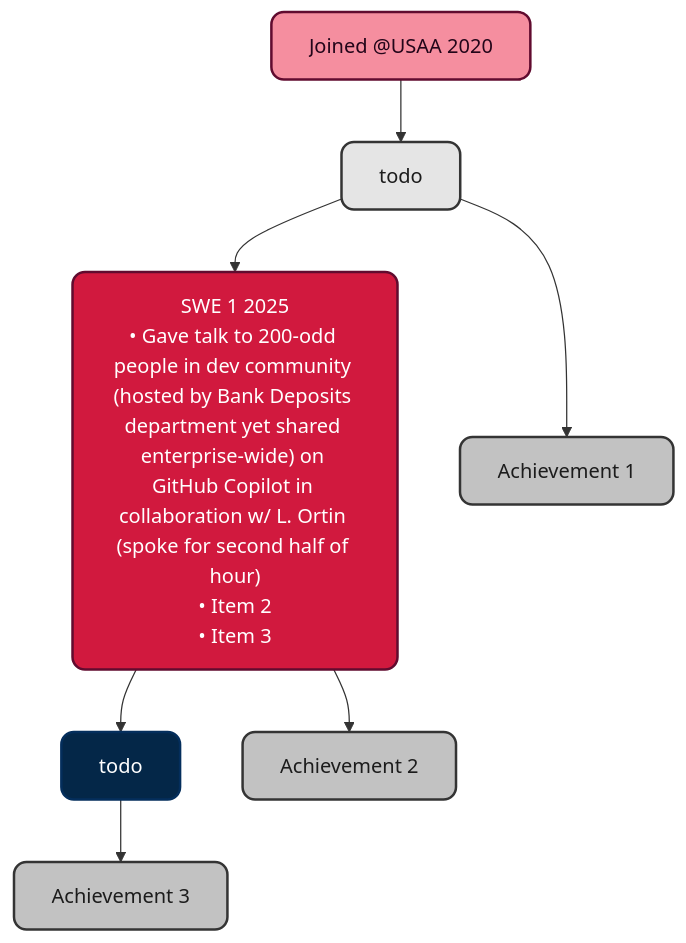
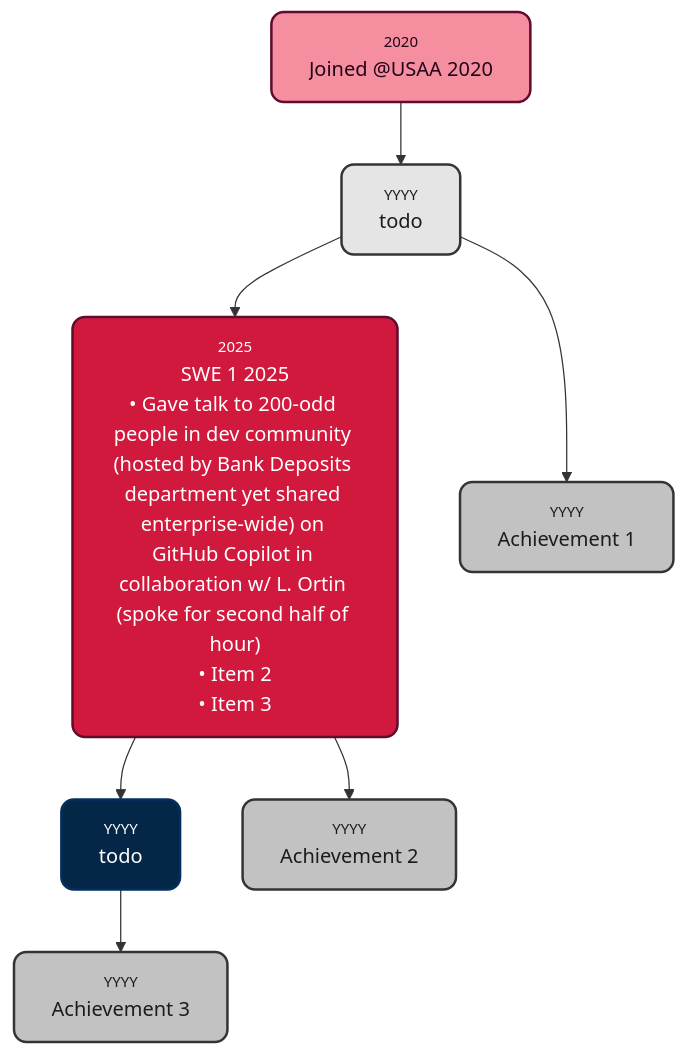
The diagram in README.md (s-sepanski/portfolio), drawn with Mermaid before and after one commit.

Commit message:
chore: add year

````diff
--- a/README.md
+++ b/README.md
@@ -5,18 +5,18 @@
 ```mermaid
 graph TD
-    A[Joined @USAA 2020] --> B[todo]
-    B --> C["SWE 1 2025<br>• Gave talk to 200-odd people in dev community (hosted by Bank Deposits department yet shared enterprise-wide) on GitHub Copilot in collaboration w/ L. Ortin (spoke for second half of hour)<br>• Item 2<br>• Item 3"]
-    C --> D[todo]
-    B --> E[Achievement 1]
-    C --> F[Achievement 2]
-    D --> G[Achievement 3]
+    A["<div style='font-size:75%; color:#848484; text-align:center;'>2020</div>Joined @USAA 2020"] --> B["<div style='font-size:75%; color:#848484; text-align:center;'>YYYY</div>todo"]
+    B --> C["<div style='font-size:75%; color:#848484; text-align:center;'>2025</div>SWE 1 2025<br>• Gave talk to 200-odd people in dev community (hosted by Bank Deposits department yet shared enterprise-wide) on GitHub Copilot in collaboration w/ L. Ortin (spoke for second half of hour)<br>• Item 2<br>• Item 3"]
+    C --> D["<div style='font-size:75%; color:#848484; text-align:center;'>YYYY</div>todo"]
+    B --> E["<div style='font-size:75%; color:#848484; text-align:center;'>YYYY</div>Achievement 1"]
+    C --> F["<div style='font-size:75%; color:#848484; text-align:center;'>YYYY</div>Achievement 2"]
+    D --> G["<div style='font-size:75%; color:#848484; text-align:center;'>YYYY</div>Achievement 3"]
     style A fill:#f58e9f,stroke:#610b2f,stroke-width:2px,color:#230519
     style B fill:#e5e5e5,stroke:#343434,stroke-width:2px,color:#1c1c1c
     style C fill:#d1193e,stroke:#610b2f,stroke-width:2px,color:#FFFFFF
     style D fill:#042748,stroke:#042e5c,stroke-width:2px,color:#FFFFFF
     style E fill:#c2c2c2,stroke:#343434,stroke-width:2px,color:#1c1c1c
     style F fill:#c2c2c2,stroke:#343434,stroke-width:2px,color:#1c1c1c
     style G fill:#c2c2c2,stroke:#343434,stroke-width:2px,color:#1c1c1c
     classDef rounded stroke-width:2px,rx:10,ry:10;
     class A,B,C,D,E,F,G rounded;
 ```
````
